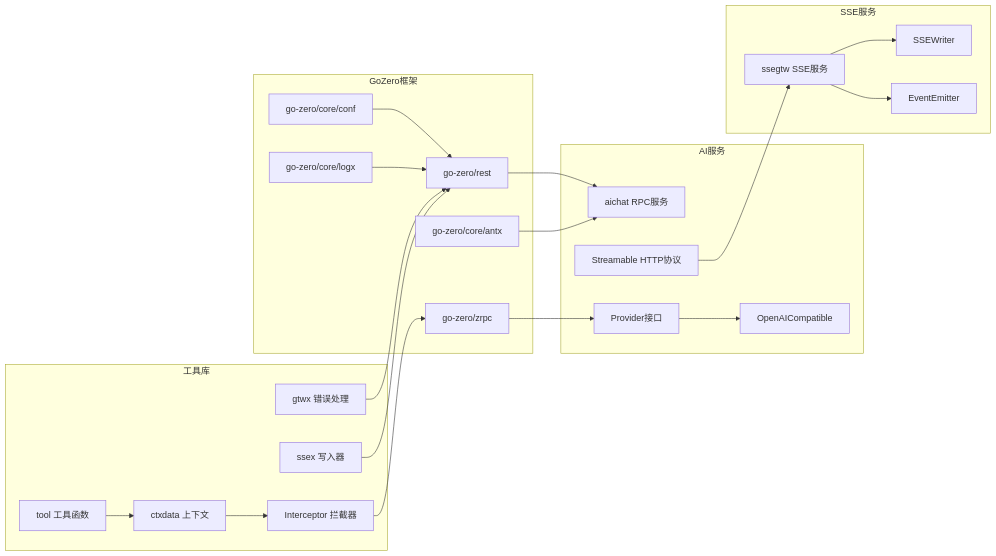
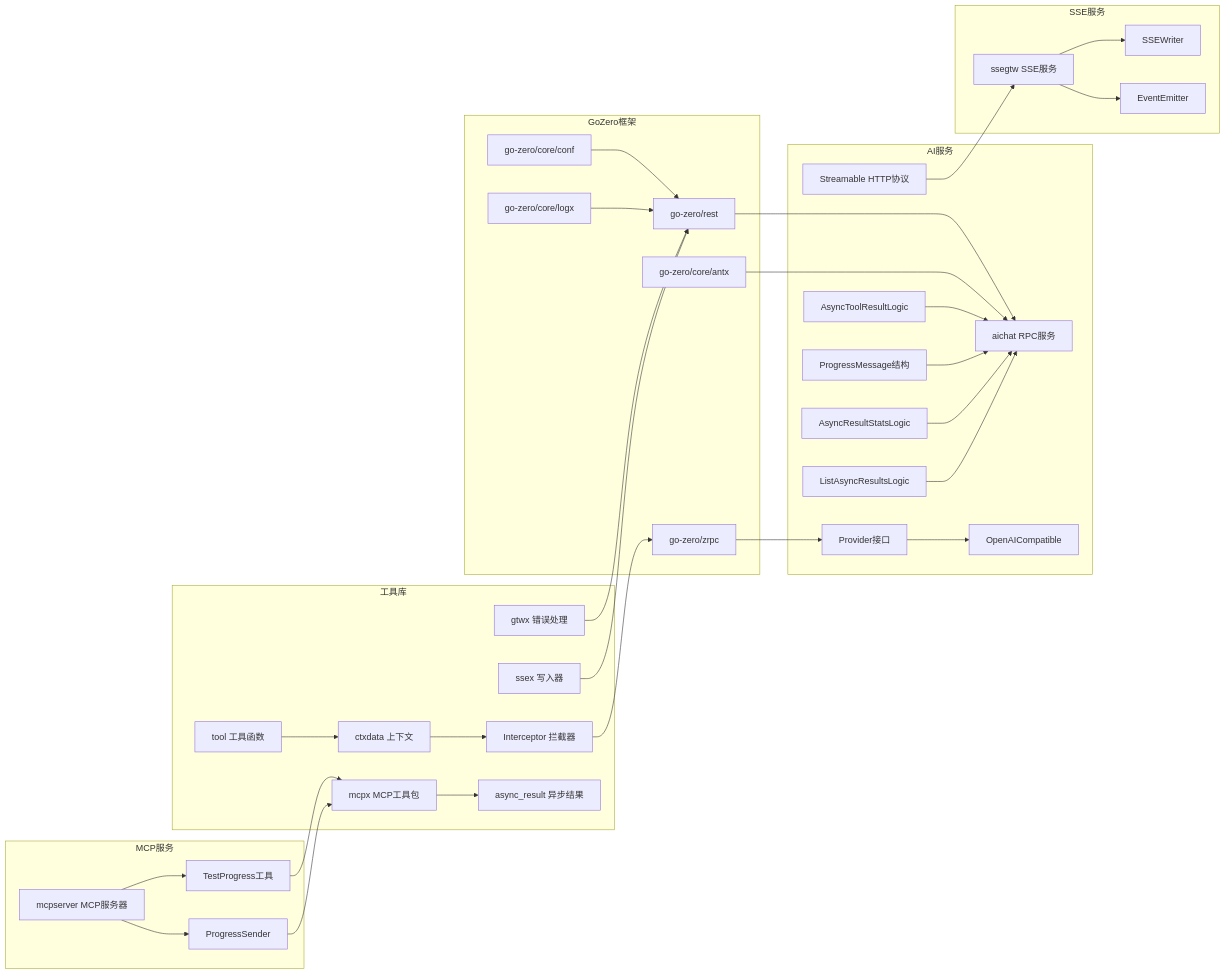
Diagram 18 of 19 in .qoder/repowiki/zh/content/网关与接口/AI网关服务.md (maomao94/zero-service), drawn with Mermaid before and after one commit. The commit also changed other lines of this file and 58 other files, not shown here.

````diff
--- a/.qoder/repowiki/zh/content/网关与接口/AI网关服务.md
+++ b/.qoder/repowiki/zh/content/网关与接口/AI网关服务.md
@@ -605,42 +1119,62 @@
 ```mermaid
 graph LR
 subgraph "GoZero框架"
 A[go-zero/core/conf]
 B[go-zero/core/logx]
 C[go-zero/rest]
 D[go-zero/zrpc]
 E[go-zero/core/antx]
 end
 subgraph "AI服务"
 F[aichat RPC服务]
 G[Provider接口]
 H[OpenAICompatible]
 I[Streamable HTTP协议]
+J[AsyncToolResultLogic]
+K[ProgressMessage结构]
+L[AsyncResultStatsLogic]
+M[ListAsyncResultsLogic]
 end
 subgraph "SSE服务"
-J[ssegtw SSE服务]
-K[SSEWriter]
-L[EventEmitter]
+N[ssegtw SSE服务]
+O[SSEWriter]
+P[EventEmitter]
+end
+subgraph "MCP服务"
+Q[mcpserver MCP服务器]
+R[TestProgress工具]
+S[ProgressSender]
 end
 subgraph "工具库"
-M[gtwx 错误处理]
-N[Interceptor 拦截器]
-O[ssex 写入器]
-P[ctxdata 上下文]
-Q[tool 工具函数]
+T[gtwx 错误处理]
+U[Interceptor 拦截器]
+V[ssex 写入器]
+W[ctxdata 上下文]
+X[tool 工具函数]
+Y[mcpx MCP工具包]
+Z[async_result 异步结果]
 end
 A --> C
 B --> C
 C --> F
 D --> G
 E --> F
 G --> H
-I --> J
-J --> K
-J --> L
-M --> C
-N --> D
-O --> C
-P --> N
-Q --> P
+I --> N
+J --> F
+K --> F
+L --> F
+M --> F
+N --> O
+N --> P
+Q --> R
+Q --> S
+R --> Y
+S --> Y
+Y --> Z
+T --> C
+U --> D
+V --> C
+W --> U
+X --> W
 ```
````
